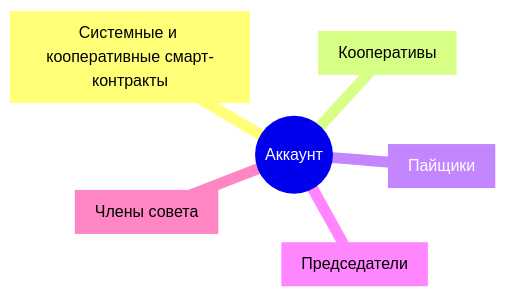
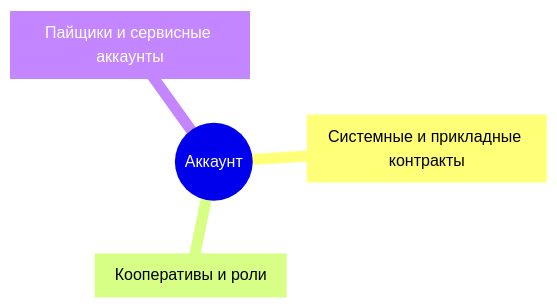
Before and after one commit to coopenomics/coopenomics: the first of 4 diagrams in docs/documentation/blockchain/accounts.md, drawn with Mermaid. The commit also changed other lines of this file and 260 other files, not shown here.

````diff
--- a/docs/documentation/blockchain/accounts.md
+++ b/docs/documentation/blockchain/accounts.md
@@ -2,9 +5,7 @@
 ```mermaid
 mindmap
   root((Аккаунт))
-    СмартКонтракты["Системные и кооперативные смарт-контракты"]
-    Кооперативы["Кооперативы"]
-    Пайщики["Пайщики"]
-    Председатели["Председатели"]
-    ЧленыСовета["Члены совета"]
+    Контракты["Системные и прикладные контракты"]
+    Организации["Кооперативы и роли"]
+    Участники["Пайщики и сервисные аккаунты"]
 ```
````
